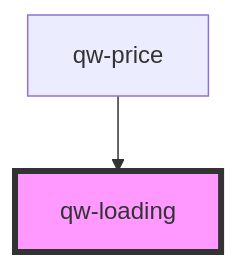
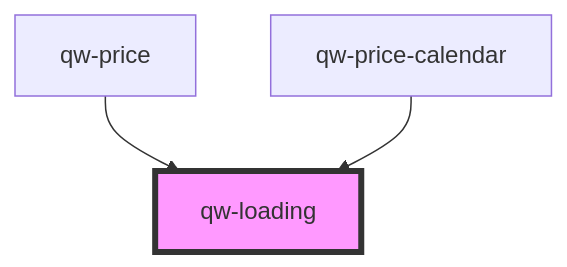
Before and after one commit to qwentes-team/qw-hotels: the diagram in src/components/shared/qw-loading/readme.md, drawn with Mermaid. The commit also changed other lines of this file and 9 other files, not shown here.

````diff
--- a/src/components/shared/qw-loading/readme.md
+++ b/src/components/shared/qw-loading/readme.md
@@ -22,5 +23,6 @@
 ```mermaid
 graph TD;
   qw-price --> qw-loading
+  qw-price-calendar --> qw-loading
   style qw-loading fill:#f9f,stroke:#333,stroke-width:4px
 ```
````
